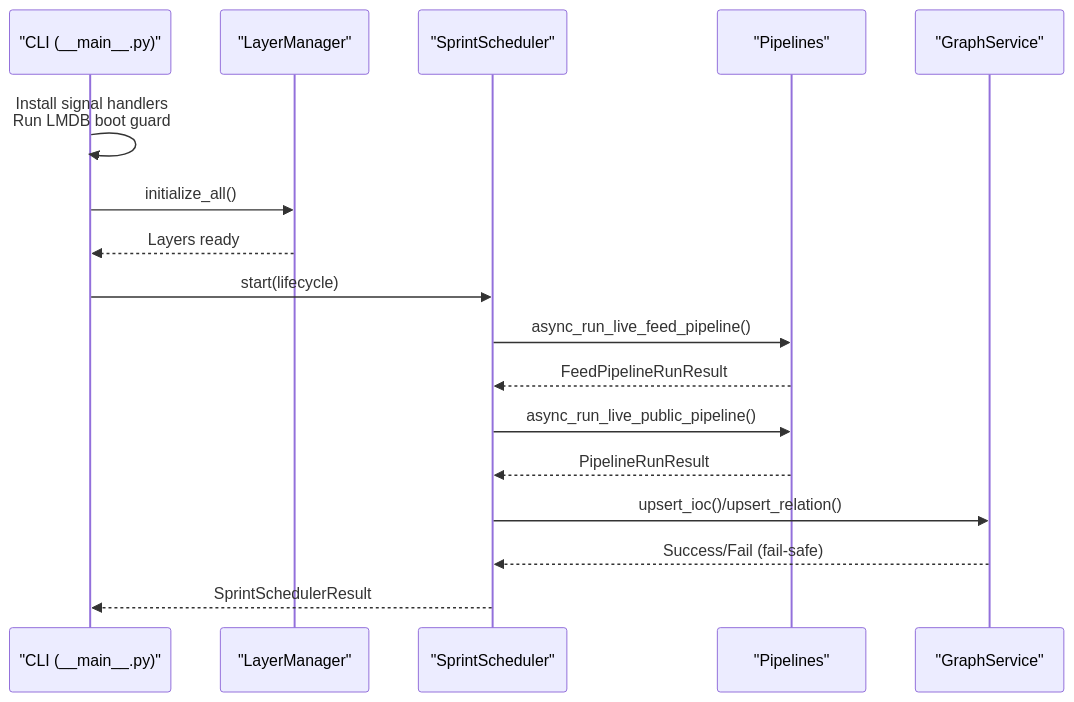
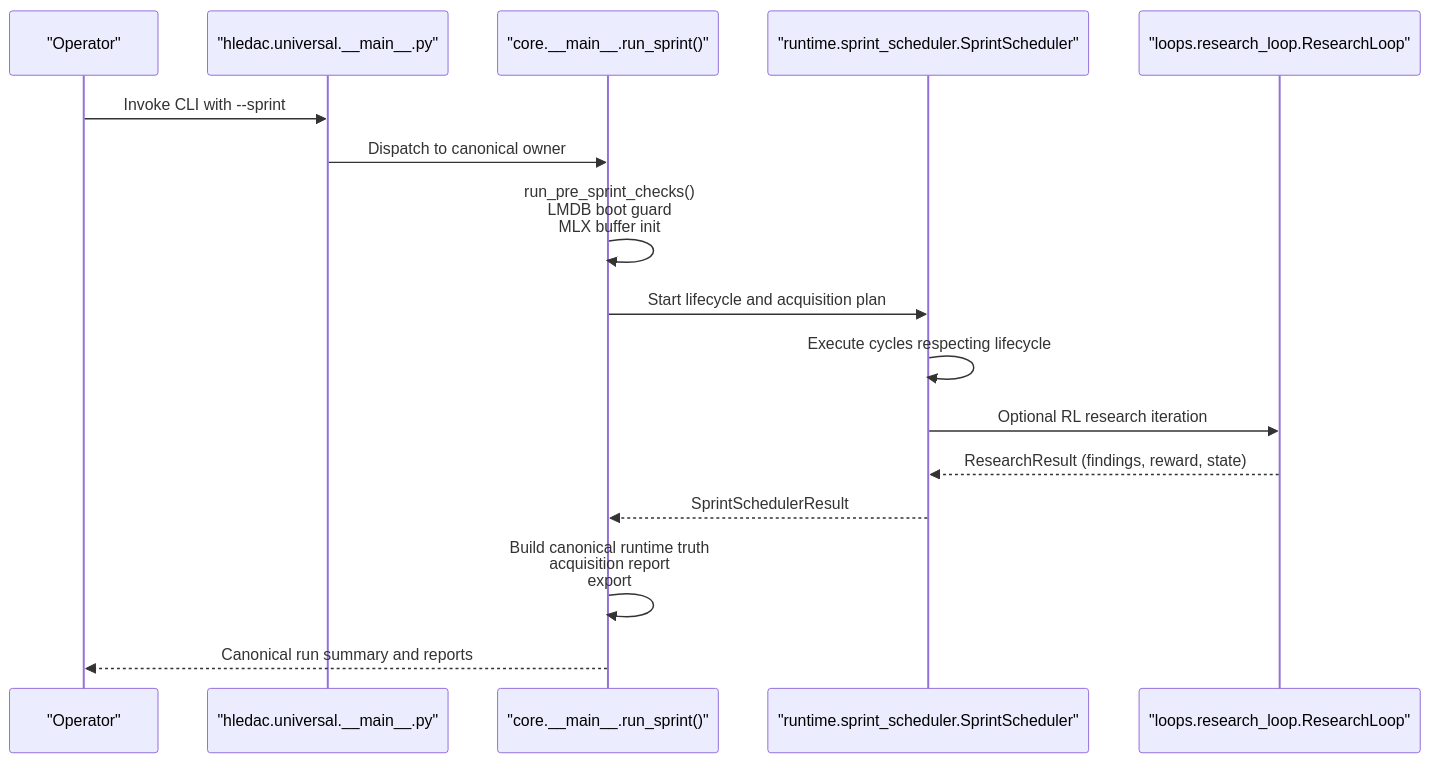
The second of 11 diagrams in .qoder/repowiki/en/content/Core Architecture/Core Architecture.md (Hamulda/hledac-universal), drawn with Mermaid before and after one commit. The commit also changed other lines of this file and 236 other files, not shown here.

Commit message:
feat: F234 prelive gate, acquisition strategy and sprint scheduler improvements

````diff
--- a/.qoder/repowiki/en/content/Core Architecture/Core Architecture.md
+++ b/.qoder/repowiki/en/content/Core Architecture/Core Architecture.md
@@ -110,19 +114,18 @@
 ```mermaid
 sequenceDiagram
-participant CLI as "CLI (__main__.py)"
-participant LM as "LayerManager"
-participant SCHED as "SprintScheduler"
-participant PIPE as "Pipelines"
-participant GRAPH as "GraphService"
-CLI->>CLI : Install signal handlers<br/>Run LMDB boot guard
-CLI->>LM : initialize_all()
-LM-->>CLI : Layers ready
-CLI->>SCHED : start(lifecycle)
-SCHED->>PIPE : async_run_live_feed_pipeline()
-PIPE-->>SCHED : FeedPipelineRunResult
-SCHED->>PIPE : async_run_live_public_pipeline()
-PIPE-->>SCHED : PipelineRunResult
-SCHED->>GRAPH : upsert_ioc()/upsert_relation()
-GRAPH-->>SCHED : Success/Fail (fail-safe)
-SCHED-->>CLI : SprintSchedulerResult
+participant User as "Operator"
+participant Root as "hledac.universal.__main__.py"
+participant Core as "core.__main__.run_sprint()"
+participant Sched as "runtime.sprint_scheduler.SprintScheduler"
+participant RL as "loops.research_loop.ResearchLoop"
+User->>Root : Invoke CLI with --sprint
+Root->>Core : Dispatch to canonical owner
+Core->>Core : run_pre_sprint_checks()<br/>LMDB boot guard<br/>MLX buffer init
+Core->>Sched : Start lifecycle and acquisition plan
+Sched->>Sched : Execute cycles respecting lifecycle
+Sched->>RL : Optional RL research iteration
+RL-->>Sched : ResearchResult (findings, reward, state)
+Sched-->>Core : SprintSchedulerResult
+Core->>Core : Build canonical runtime truth<br/>acquisition report<br/>export
+Core-->>User : Canonical run summary and reports
 ```
````
